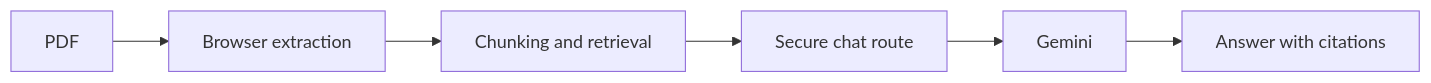
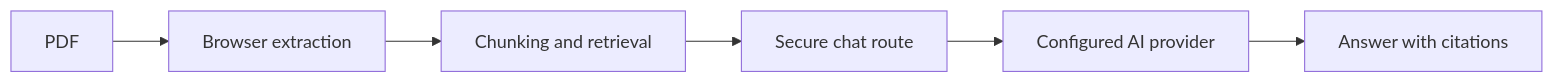
Before and after one commit to adityachaurasia1676/Chat-with-pdf: the diagram in README.md, drawn with Mermaid. The commit also changed other lines of this file and 3 other files, not shown here.

````diff
--- a/README.md
+++ b/README.md
@@ -119,8 +122,8 @@
 ```mermaid
 flowchart LR
     A[PDF] --> B[Browser extraction]
     B --> C[Chunking and retrieval]
     C --> D[Secure chat route]
-    D --> E[Gemini]
+    D --> E[Configured AI provider]
     E --> F[Answer with citations]
 ```
````
